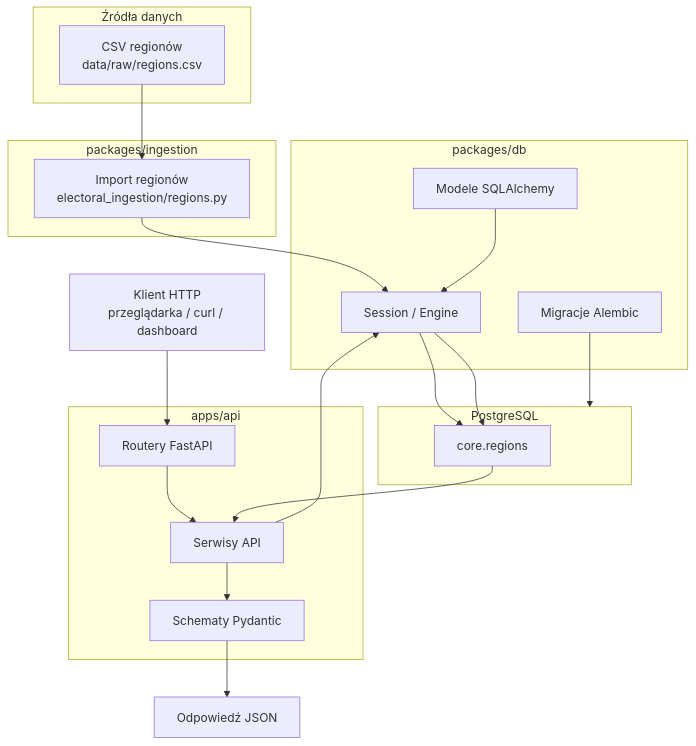
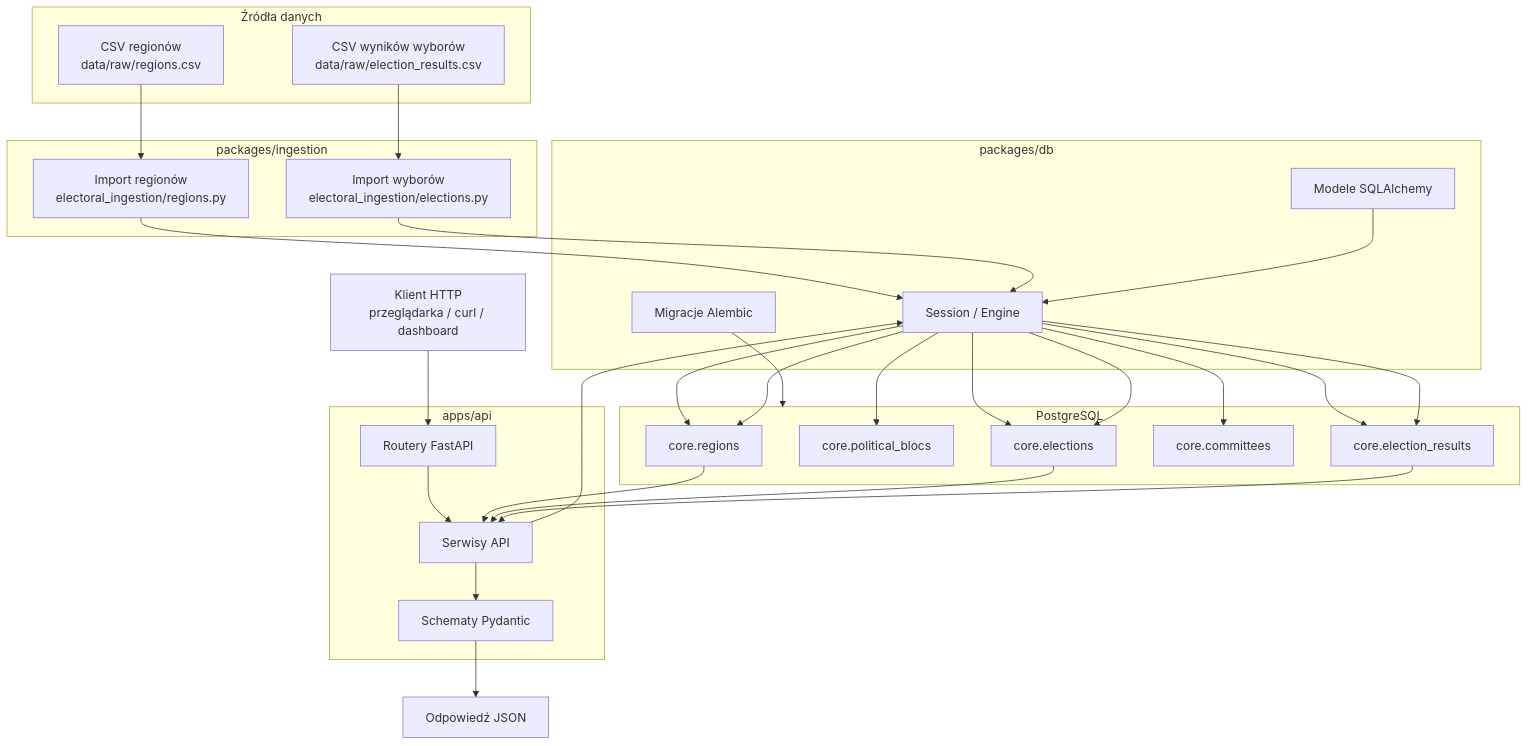
One commit to DawidKK/electoral-drift changed the third of 3 diagrams in flow.md. Above: the diagram before and after it, drawn with Mermaid. The commit also changed other lines of this file and 14 other files, not shown here.

Commit message:
add election_results

````diff
--- a/flow.md
+++ b/flow.md
@@ -75,43 +126,59 @@
 ```mermaid
 flowchart TD
     subgraph sources["Źródła danych"]
         raw_regions["CSV regionów<br/>data/raw/regions.csv"]
+        raw_elections["CSV wyników wyborów<br/>data/raw/election_results.csv"]
     end
 
     subgraph ingestion["packages/ingestion"]
         regions_import["Import regionów<br/>electoral_ingestion/regions.py"]
+        elections_import["Import wyborów<br/>electoral_ingestion/elections.py"]
     end
 
     subgraph db_pkg["packages/db"]
         db_models["Modele SQLAlchemy"]
         db_session["Session / Engine"]
         alembic["Migracje Alembic"]
     end
 
     subgraph postgres["PostgreSQL"]
         core_regions["core.regions"]
+        core_blocs["core.political_blocs"]
+        core_elections["core.elections"]
+        core_committees["core.committees"]
+        core_results["core.election_results"]
     end
 
     subgraph api["apps/api"]
         api_router["Routery FastAPI"]
         api_service["Serwisy API"]
         api_schema["Schematy Pydantic"]
     end
 
     client["Klient HTTP<br/>przeglądarka / curl / dashboard"]
     json["Odpowiedź JSON"]
 
     raw_regions --> regions_import
+    raw_elections --> elections_import
     regions_import --> db_session
+    elections_import --> db_session
     db_models --> db_session
     alembic --> postgres
     db_session --> core_regions
+    db_session --> core_blocs
+    db_session --> core_elections
+    db_session --> core_committees
+    db_session --> core_results
 
     client --> api_router
     api_router --> api_service
     api_service --> db_session
     db_session --> core_regions
+    db_session --> core_elections
+    db_session --> core_results
     core_regions --> api_service
+    core_elections --> api_service
+    core_results --> api_service
     api_service --> api_schema
     api_schema --> json
 ```
````
